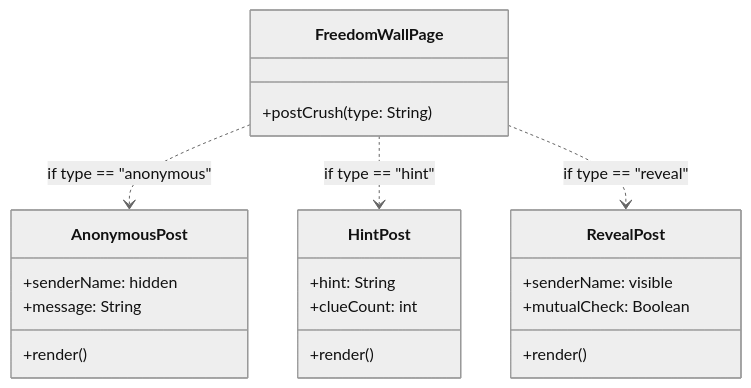
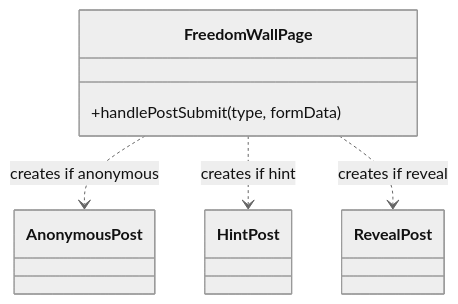
The first of 2 diagrams in README.md (InnovaTxch/CMSC129_Activity2_DesignPatterns), drawn with Mermaid (neutral theme) before and after one commit. The commit also changed other lines of this file, not shown here.

Commit message:
docs: refactor class diagram and pseudocode for Creational DP in README

````diff
--- a/README.md
+++ b/README.md
@@ -27,24 +27,14 @@
 ```mermaid
 classDiagram
     class FreedomWallPage {
-        +postCrush(type: String)
+        +handlePostSubmit(type, formData)
     }
-    class AnonymousPost {
-        +senderName: hidden
-        +message: String
-        +render()
-    }
-    class HintPost {
-        +hint: String
-        +clueCount: int
-        +render()
-    }
-    class RevealPost {
-        +senderName: visible
-        +mutualCheck: Boolean
-        +render()
-    }
-    FreedomWallPage ..> AnonymousPost : if type == "anonymous"
-    FreedomWallPage ..> HintPost : if type == "hint"
-    FreedomWallPage ..> RevealPost : if type == "reveal"
+
+    class AnonymousPost
+    class HintPost
+    class RevealPost
+
+    FreedomWallPage ..> AnonymousPost : creates if anonymous
+    FreedomWallPage ..> HintPost : creates if hint
+    FreedomWallPage ..> RevealPost : creates if reveal
 ```
````
